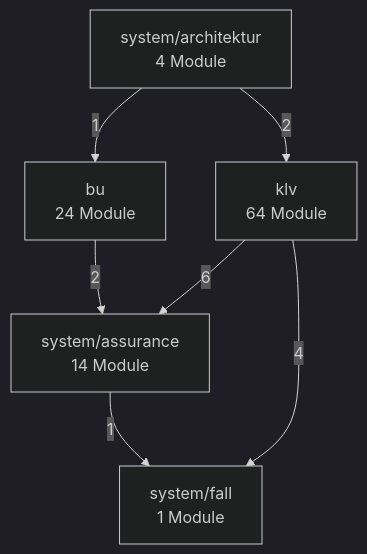
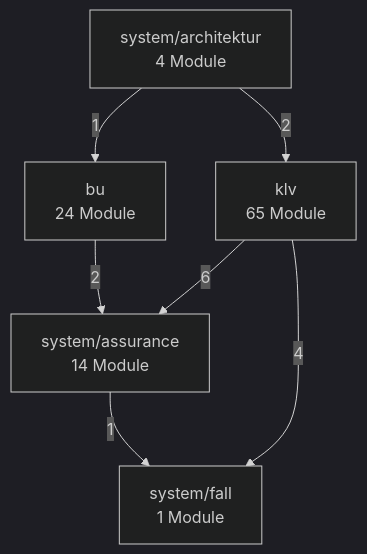
The second of 3 diagrams in docs/architektur/landkarte.md (bartlmac/rechner-pipeline), drawn with Mermaid (dark theme) before and after one commit. The commit also changed other lines of this file and 7 other files, not shown here.

````diff
--- a/docs/architektur/landkarte.md
+++ b/docs/architektur/landkarte.md
@@ -73,15 +73,15 @@
 ```mermaid
 %% Fachknoten — erzeugt von ontologie.landkarte
 flowchart TD
     bu["bu<br/>24 Module"]
-    klv["klv<br/>64 Module"]
+    klv["klv<br/>65 Module"]
     system_architektur["system/architektur<br/>4 Module"]
     system_assurance["system/assurance<br/>14 Module"]
     system_fall["system/fall<br/>1 Module"]
     bu -- 2 --> system_assurance
     klv -- 6 --> system_assurance
     klv -- 4 --> system_fall
     system_architektur -- 1 --> bu
     system_architektur -- 2 --> klv
     system_assurance -- 1 --> system_fall
 ```
````
